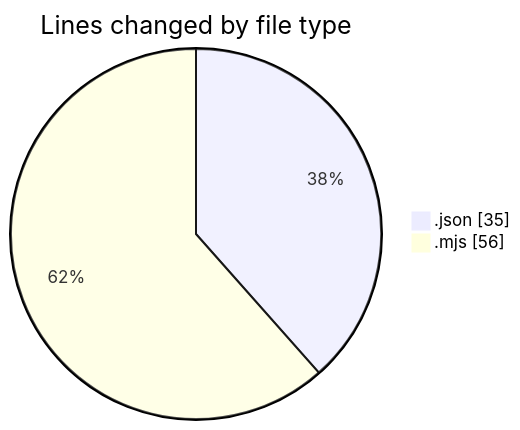
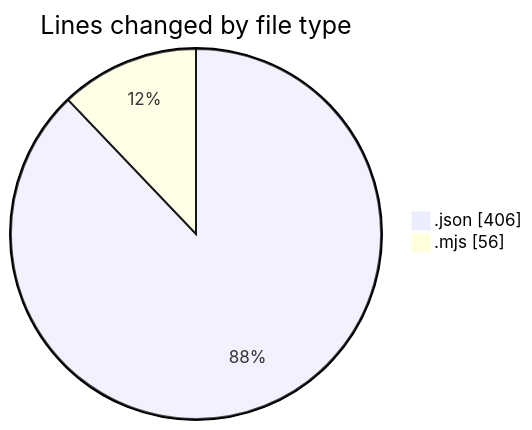
Before and after one commit to charlie-sans/code-tracking: the first of 2 diagrams in 2025-01-28/trollerboard/README.md, drawn with Mermaid. The commit also changed other lines of this file and 1 other file, not shown here.

````diff
--- a/2025-01-28/trollerboard/README.md
+++ b/2025-01-28/trollerboard/README.md
@@ -21,6 +22,6 @@
 ```mermaid
 pie showData
 title Lines changed by file type
-".json" : 35
+".json" : 406
 ".mjs" : 56
 ```
````
